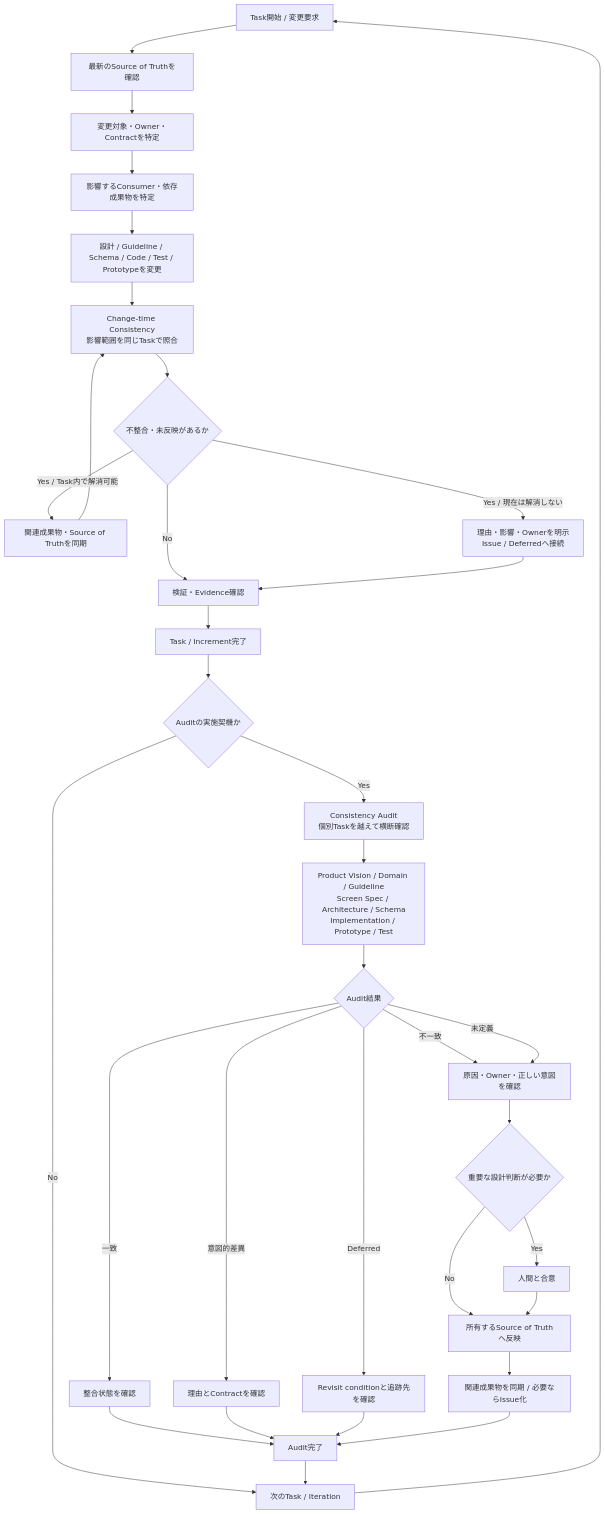
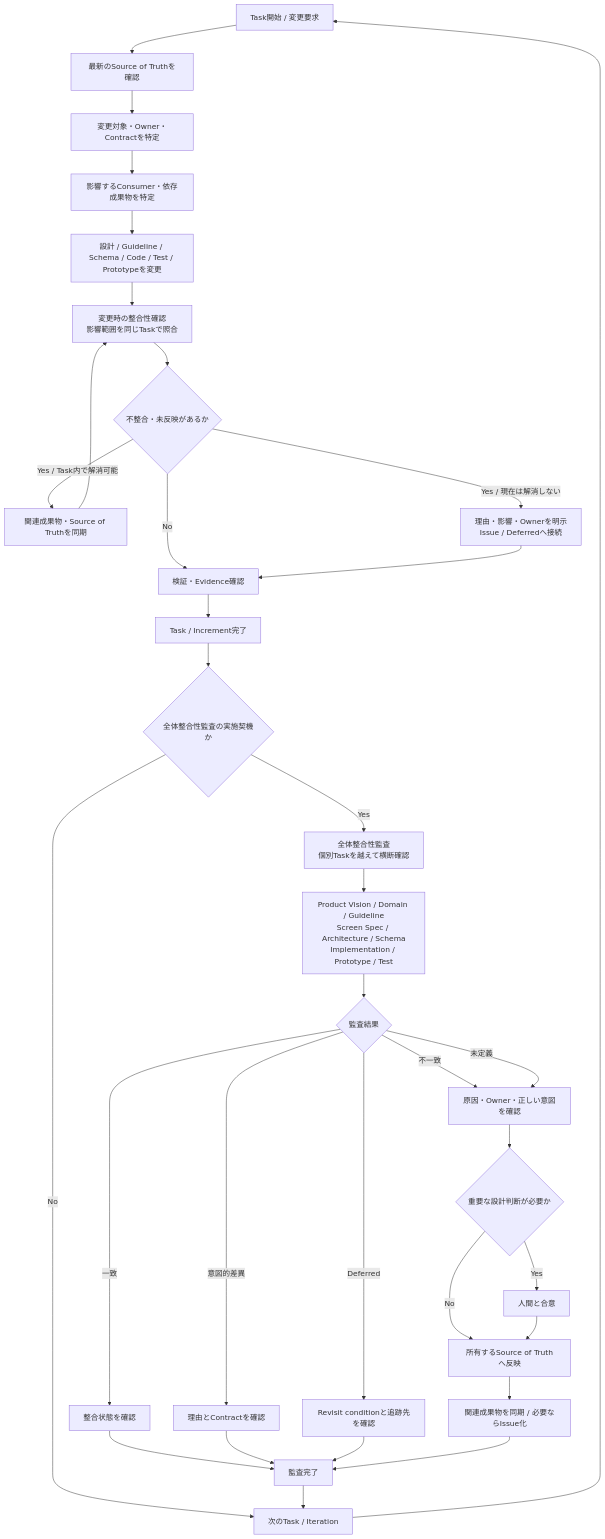
The diagram in content/development-process.mdx (hazuki3417/memoria-design), drawn with Mermaid before and after one commit. The commit also changed other lines of this file, not shown here.

````diff
--- a/content/development-process.mdx
+++ b/content/development-process.mdx
@@ -206,41 +206,41 @@
 ```mermaid
 flowchart TD
     A["Task開始 / 変更要求"] --> B["最新のSource of Truthを確認"]
     B --> C["変更対象・Owner・Contractを特定"]
     C --> D["影響するConsumer・依存成果物を特定"]
     D --> E["設計 / Guideline / Schema / Code / Test / Prototypeを変更"]
-    E --> F["Change-time Consistency<br/>影響範囲を同じTaskで照合"]
+    E --> F["変更時の整合性確認<br/>影響範囲を同じTaskで照合"]
 
     F --> G{"不整合・未反映があるか"}
     G -- "No" --> H["検証・Evidence確認"]
     G -- "Yes / Task内で解消可能" --> I["関連成果物・Source of Truthを同期"]
     I --> F
     G -- "Yes / 現在は解消しない" --> J["理由・影響・Ownerを明示<br/>Issue / Deferredへ接続"]
     J --> H
 
     H --> K["Task / Increment完了"]
-    K --> L{"Auditの実施契機か"}
+    K --> L{"全体整合性監査の実施契機か"}
     L -- "No" --> M["次のTask / Iteration"]
     M --> A
-    L -- "Yes" --> N["Consistency Audit<br/>個別Taskを越えて横断確認"]
+    L -- "Yes" --> N["全体整合性監査<br/>個別Taskを越えて横断確認"]
 
     N --> O["Product Vision / Domain / Guideline<br/>Screen Spec / Architecture / Schema<br/>Implementation / Prototype / Test"]
-    O --> P{"Audit結果"}
+    O --> P{"監査結果"}
     P -- "一致" --> Q["整合状態を確認"]
     P -- "不一致" --> R["原因・Owner・正しい意図を確認"]
     P -- "未定義" --> R
     P -- "意図的差異" --> S["理由とContractを確認"]
     P -- "Deferred" --> T["Revisit conditionと追跡先を確認"]
 
     R --> U{"重要な設計判断が必要か"}
     U -- "Yes" --> V["人間と合意"]
     U -- "No" --> W["所有するSource of Truthへ反映"]
     V --> W
     W --> X["関連成果物を同期 / 必要ならIssue化"]
 
-    Q --> Y["Audit完了"]
+    Q --> Y["監査完了"]
     S --> Y
     T --> Y
     X --> Y
     Y --> M
 ```
````
